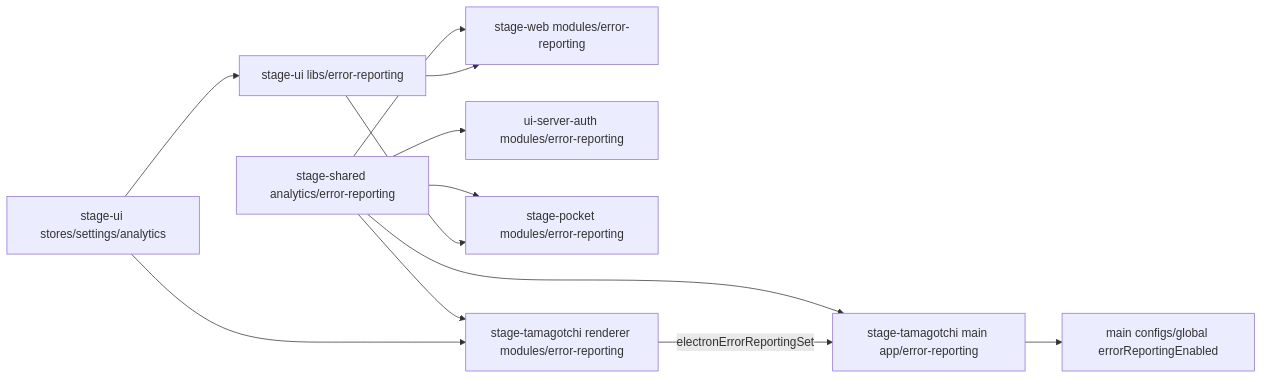
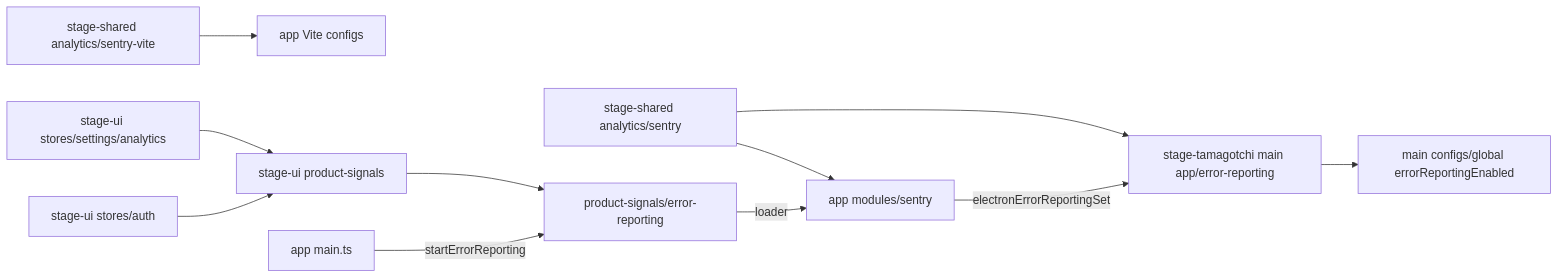
The first of 2 diagrams in docs/ai/adr/2026-11-09-sentry-error-reports.md (moeru-ai/airi), drawn with Mermaid before and after one commit. The commit also changed other lines of this file and 38 other files, not shown here.

First line of the commit message:
refactor(stage-ui,stage-shared): run error reports in the product signal lifecycle

````diff
--- a/docs/ai/adr/2026-11-09-sentry-error-reports.md
+++ b/docs/ai/adr/2026-11-09-sentry-error-reports.md
@@ -56,14 +69,13 @@
 ```mermaid
 flowchart LR
-  shared[stage-shared analytics/error-reporting] --> web[stage-web modules/error-reporting]
-  shared --> auth[ui-server-auth modules/error-reporting]
-  shared --> pocket[stage-pocket modules/error-reporting]
-  shared --> renderer[stage-tamagotchi renderer modules/error-reporting]
+  shared[stage-shared analytics/sentry] --> adapters[app modules/sentry]
   shared --> main[stage-tamagotchi main app/error-reporting]
-  consent[stage-ui libs/error-reporting] --> web
-  consent --> pocket
-  settings[stage-ui stores/settings/analytics] --> consent
-  settings --> renderer
-  renderer -->|electronErrorReportingSet| main
+  vite[stage-shared analytics/sentry-vite] --> configs[app Vite configs]
+  lifecycle[stage-ui product-signals] --> reporting[product-signals/error-reporting]
+  entries[app main.ts] -->|startErrorReporting| reporting
+  reporting -->|loader| adapters
+  settings[stage-ui stores/settings/analytics] --> lifecycle
+  auth[stage-ui stores/auth] --> lifecycle
+  adapters -->|electronErrorReportingSet| main
   main --> config[main configs/global errorReportingEnabled]
 ```
````
